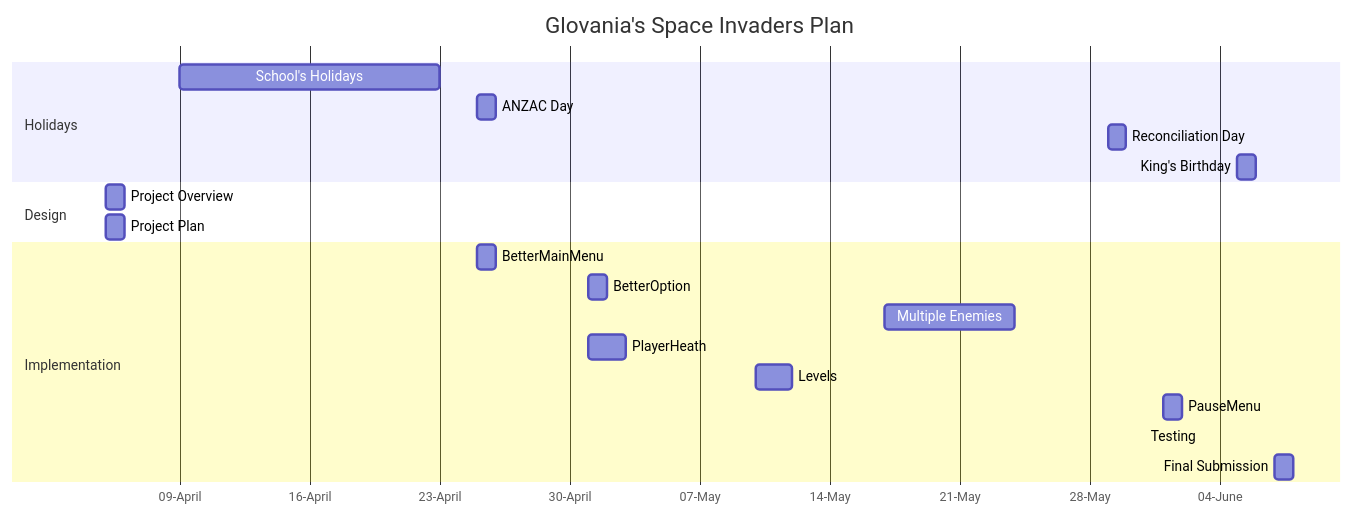
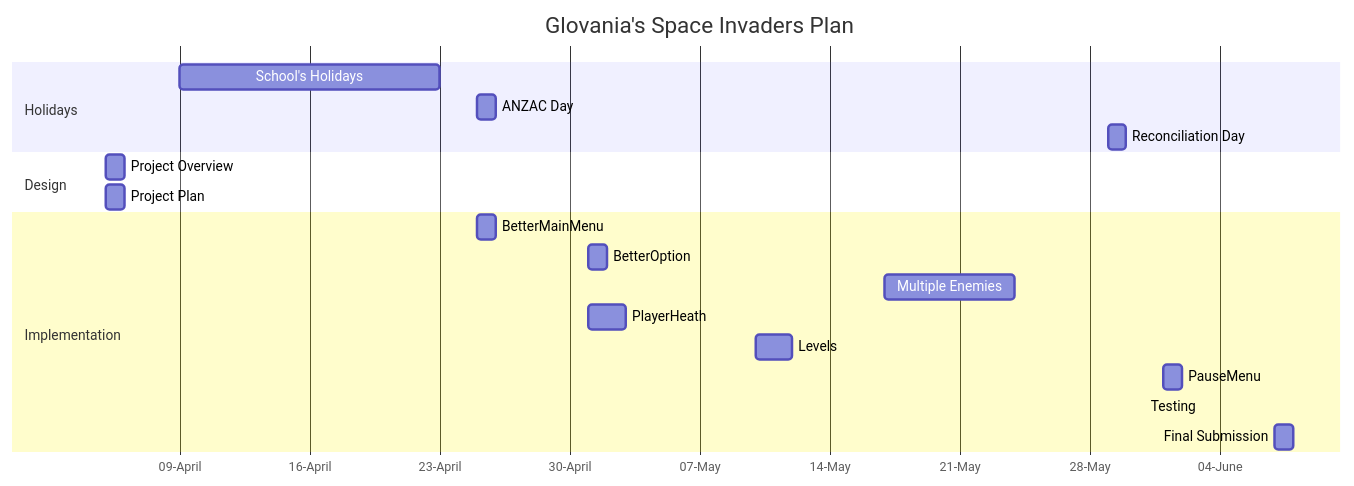
One commit to Glovania/Space-Invading changed the second of 2 diagrams in Design.md. Above: the diagram before and after it, drawn with Mermaid. The commit also changed other lines of this file and 2 other files, not shown here.

````diff
--- a/Design.md
+++ b/Design.md
@@ -31,29 +52,28 @@
 ```mermaid
 gantt
     title Glovania's Space Invaders Plan
     dateFormat DD-MM-YYYY
     axisFormat %d-%B
     tickInterval 1week
 
     section Holidays
     School's Holidays: 09-04-2023, 23-04-2023
     ANZAC Day: 25-04-2023, 1d
     Reconciliation Day: 29-05-2023, 1d
-    King's Birthday: 05-06-2023, 1d
 
     section Design
     Project Overview: 05-04-2023, 1d
     Project Plan: 05-04-2023, 1d
 
     section Implementation
     BetterMainMenu: 25-04-2023, 1d
     BetterOption: 01-05-2023, 1d
     Multiple Enemies: 17-05-2023, 24-05-2023
     PlayerHeath: 01-05-2023, 03-05-2023
     Levels: 10-05-2023, 12-05-2023
     PauseMenu: 01-06-2023, 1d
 
 
     Testing: 31-05-2023
     Final Submission: 07-06-2023, 1d
 ```
````
